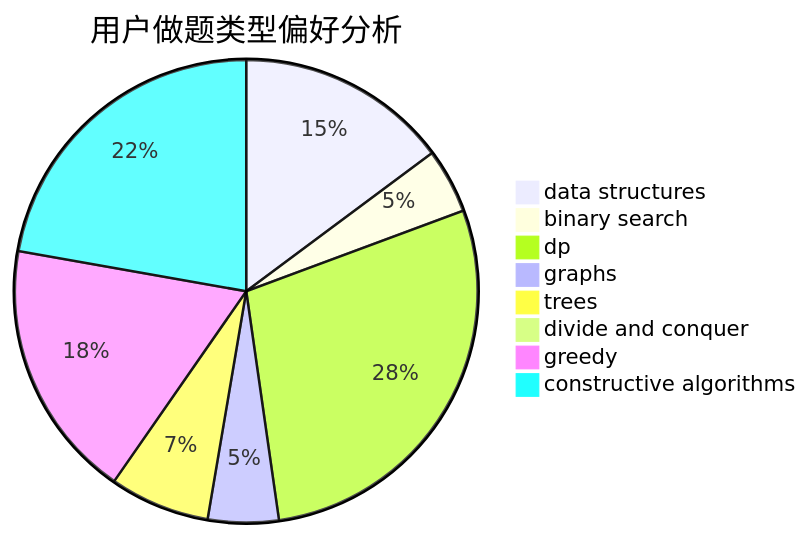
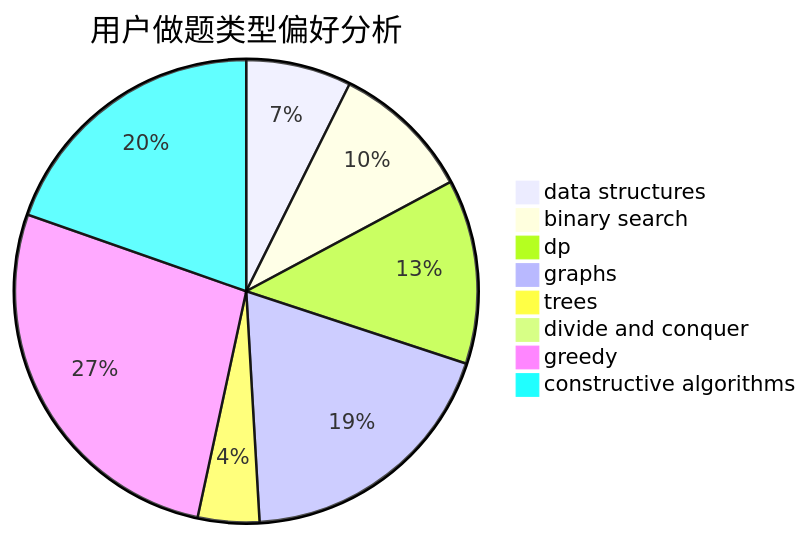
One commit to sherpahu/cfrs.github.io changed the second of 3 diagrams in docs/user/u2446.md. Above: the diagram before and after it, drawn with Mermaid. The commit also changed other lines of this file and 2770 other files, not shown here.

````diff
--- a/docs/user/u2446.md
+++ b/docs/user/u2446.md
@@ -23,11 +23,11 @@
 ```mermaid
 pie title 用户做题类型偏好分析
-    "data structures" :  36
-    "binary search" :  11
-    "dp" :  69
-    "graphs" :  12
-    "trees" :  17
-    "divide and conquer" :  0
+    "data structures" :  12
+    "binary search" :  16
+    "dp" :  21
+    "graphs" :  31
+    "trees" :  7
+    "divide and conquer" :  1
     "greedy" :  44
-    "constructive algorithms" :  54
+    "constructive algorithms" :  32
 ```
````
